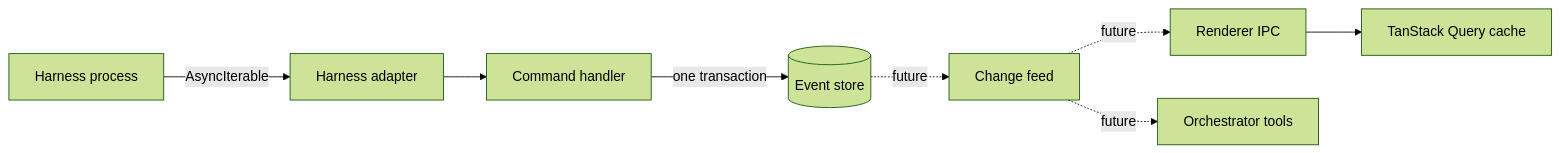
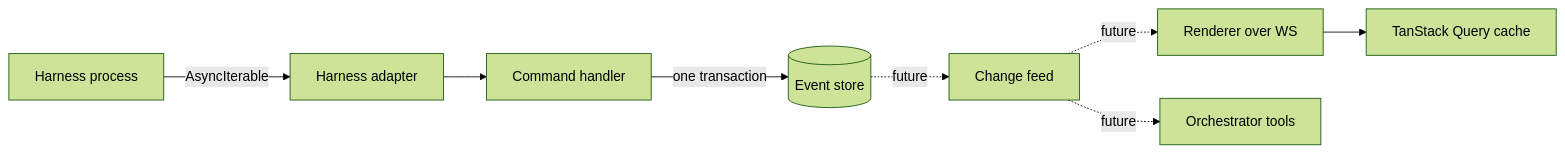
The diagram in docs/src/content/docs/developing/reference/reactive-streams.md (rbutera/Rennet), drawn with Mermaid (forest theme) before and after one commit. The commit also changed other lines of this file and 24 other files, not shown here.

````diff
--- a/docs/src/content/docs/developing/reference/reactive-streams.md
+++ b/docs/src/content/docs/developing/reference/reactive-streams.md
@@ -16,10 +16,10 @@
 ```mermaid
 flowchart LR
   harness[Harness process] -->|AsyncIterable| adapter[Harness adapter]
   adapter --> command[Command handler]
   command -->|one transaction| store[(Event store)]
   store -. future .-> feed[Change feed]
-  feed -. future .-> ipc[Renderer IPC]
+  feed -. future .-> ws[Renderer over WS]
   feed -. future .-> tools[Orchestrator tools]
-  ipc --> query[TanStack Query cache]
+  ws --> query[TanStack Query cache]
 ```
````
